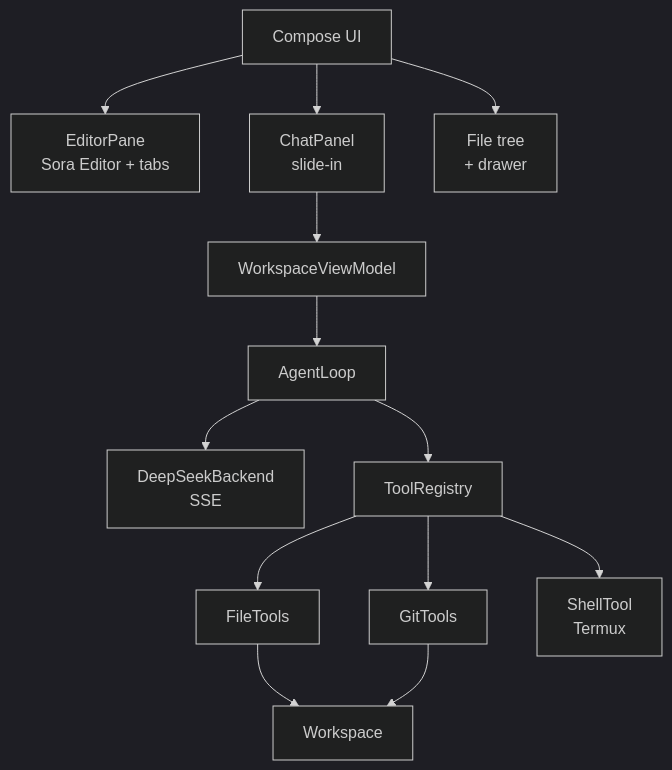
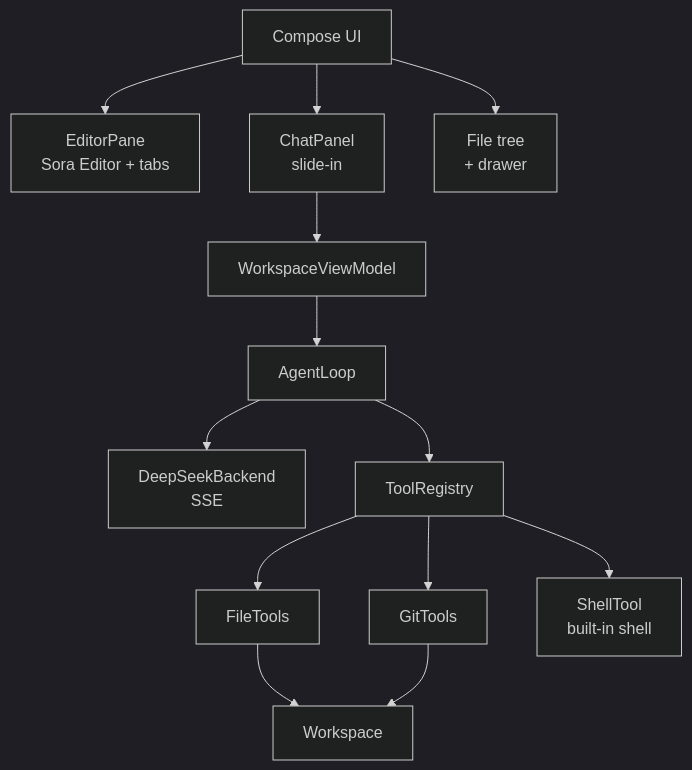
One commit to hvkeyn/CEditNeuro changed the diagram in docs/ARCHITECTURE.md. Above: the diagram before and after it, drawn with Mermaid (dark theme). The commit also changed other lines of this file and 15 other files, not shown here.

First line of the commit message:
Add a built-in shell so commands do not depend on Termux.

````diff
--- a/docs/ARCHITECTURE.md
+++ b/docs/ARCHITECTURE.md
@@ -5,15 +5,15 @@
 ```mermaid
 graph TD
     UI[Compose UI] --> ED[EditorPane<br/>Sora Editor + tabs]
     UI --> CH[ChatPanel<br/>slide-in]
     UI --> FT[File tree<br/>+ drawer]
     CH --> VM[WorkspaceViewModel]
     VM --> AG[AgentLoop]
     AG --> BE[DeepSeekBackend<br/>SSE]
     AG --> TR[ToolRegistry]
     TR --> FTools[FileTools]
     TR --> GTools[GitTools]
-    TR --> STools[ShellTool<br/>Termux]
+    TR --> STools[ShellTool<br/>built-in shell]
     FTools --> WS[Workspace]
     GTools --> WS
 ```
````
